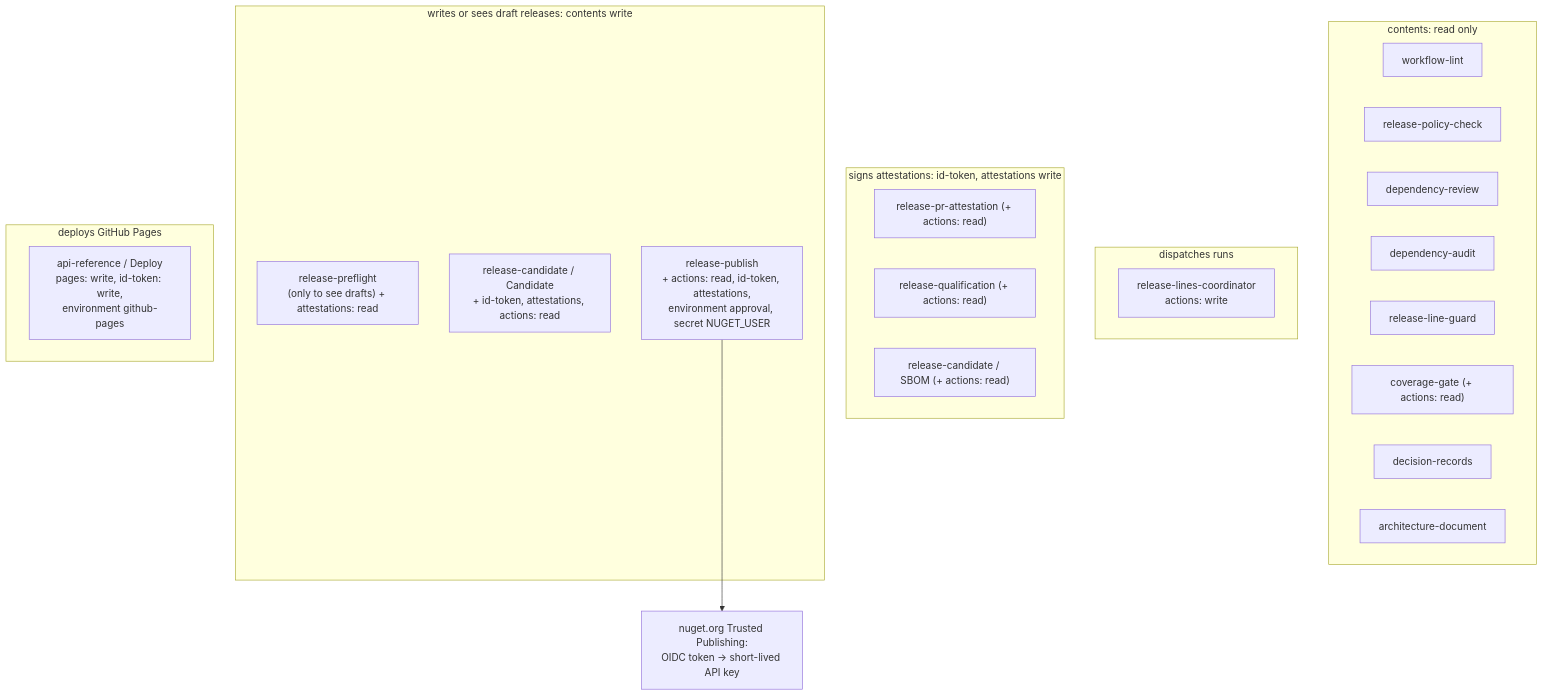
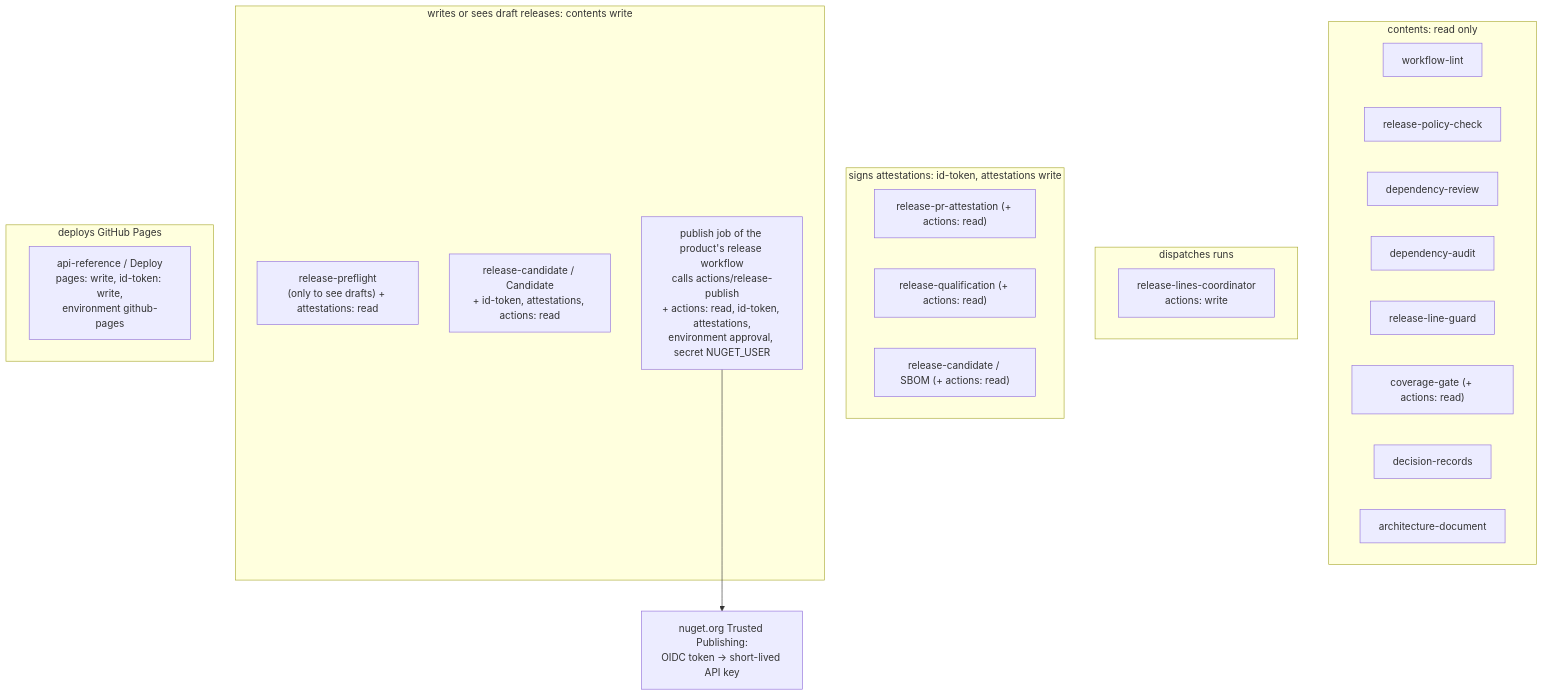
One commit to doka-labs/workflows changed diagram 15 of 19 in docs/overview.md. Above: the diagram before and after it, drawn with Mermaid. The commit also changed other lines of this file and 9 other files, not shown here.

First line of the commit message:
fix(release): publish through an action the product job calls (#12)

````diff
--- a/docs/overview.md
+++ b/docs/overview.md
@@ -390,30 +397,30 @@
 ```mermaid
 flowchart TB
   subgraph read["contents: read only"]
     r1["workflow-lint"]
     r2["release-policy-check"]
     r3["dependency-review"]
     r4["dependency-audit"]
     r5["release-line-guard"]
     r6["coverage-gate (+ actions: read)"]
     r7["decision-records"]
     r8["architecture-document"]
   end
   subgraph dispatch["dispatches runs"]
     d1["release-lines-coordinator<br/>actions: write"]
   end
   subgraph attest["signs attestations: id-token, attestations write"]
     a1["release-pr-attestation (+ actions: read)"]
     a2["release-qualification (+ actions: read)"]
     a3["release-candidate / SBOM (+ actions: read)"]
   end
   subgraph releases["writes or sees draft releases: contents write"]
     w1["release-preflight<br/>(only to see drafts) + attestations: read"]
     w2["release-candidate / Candidate<br/>+ id-token, attestations, actions: read"]
-    w3["release-publish<br/>+ actions: read, id-token, attestations,<br/>environment approval, secret NUGET_USER"]
+    w3["publish job of the product's release workflow<br/>calls actions/release-publish<br/>+ actions: read, id-token, attestations,<br/>environment approval, secret NUGET_USER"]
   end
   subgraph pages["deploys GitHub Pages"]
     g1["api-reference / Deploy<br/>pages: write, id-token: write,<br/>environment github-pages"]
   end
   w3 --> nuget["nuget.org Trusted Publishing:<br/>OIDC token -> short-lived API key"]
 ```
````
